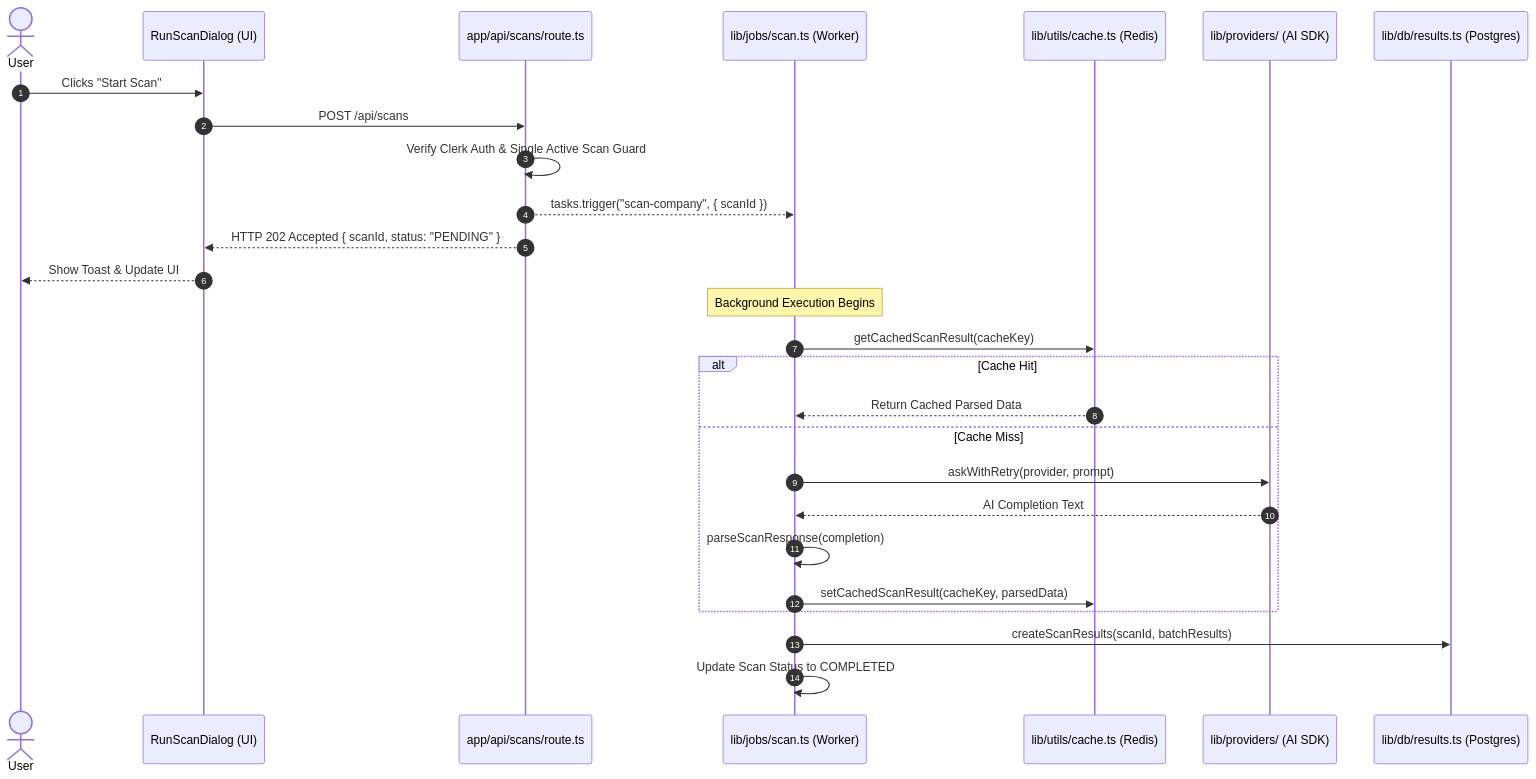
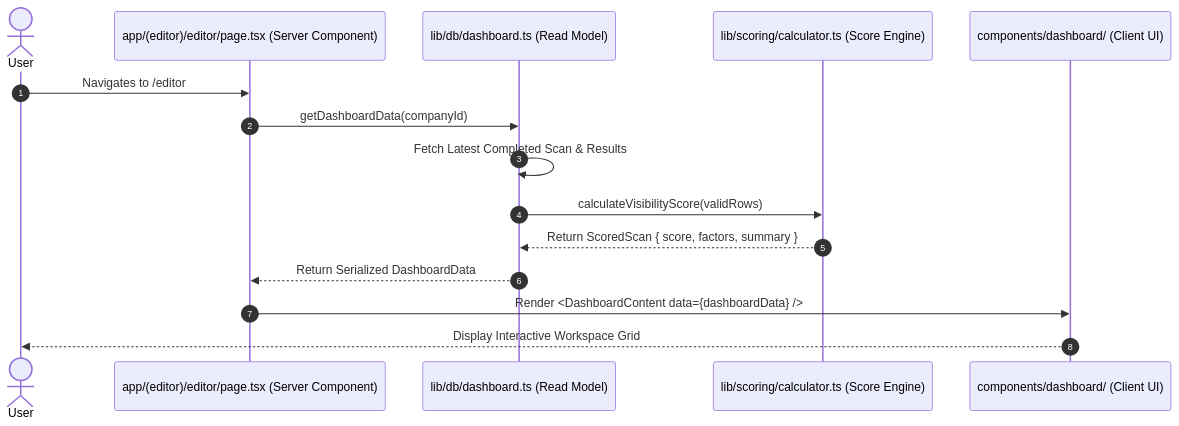
Before and after one commit to ryonm411-jpg/answer-os: the third of 5 diagrams in context/context/architecture_overview.md, drawn with Mermaid. The commit also changed other lines of this file and 68 other files, not shown here.

Commit message:
feat(prompts): implement prompt opportunity ranking and pre-scan workspace

````diff
--- a/context/context/architecture_overview.md
+++ b/context/context/architecture_overview.md
@@ -126,31 +136,18 @@
 ```mermaid
 sequenceDiagram
     autonumber
     actor User
-    participant UI as RunScanDialog (UI)
-    participant API as app/api/scans/route.ts
-    participant Task as lib/jobs/scan.ts (Worker)
-    participant Cache as lib/utils/cache.ts (Redis)
-    participant AI as lib/providers/ (AI SDK)
-    participant DB as lib/db/results.ts (Postgres)
+    participant Page as app/(editor)/editor/page.tsx (Server Component)
+    participant DBModel as lib/db/dashboard.ts (Read Model)
+    participant Scoring as lib/scoring/calculator.ts (Score Engine)
+    participant UI as components/dashboard/ (Client UI)
 
-    User->>UI: Clicks "Start Scan"
-    UI->>API: POST /api/scans
-    API->>API: Verify Clerk Auth & Single Active Scan Guard
-    API-->>Task: tasks.trigger("scan-company", { scanId })
-    API-->>UI: HTTP 202 Accepted { scanId, status: "PENDING" }
-    UI-->>User: Show Toast & Update UI
-    
-    Note over Task: Background Execution Begins
-    Task->>Cache: getCachedScanResult(cacheKey)
-    alt Cache Hit
-        Cache-->>Task: Return Cached Parsed Data
-    else Cache Miss
-        Task->>AI: askWithRetry(provider, prompt)
-        AI-->>Task: AI Completion Text
-        Task->>Task: parseScanResponse(completion)
-        Task->>Cache: setCachedScanResult(cacheKey, parsedData)
-    end
-    Task->>DB: createScanResults(scanId, batchResults)
-    Task->>Task: Update Scan Status to COMPLETED
+    User->>Page: Navigates to /editor
+    Page->>DBModel: getDashboardData(companyId)
+    DBModel->>DBModel: Fetch Latest Completed Scan & Results
+    DBModel->>Scoring: calculateVisibilityScore(validRows)
+    Scoring-->>DBModel: Return ScoredScan { score, factors, summary }
+    DBModel-->>Page: Return Serialized DashboardData
+    Page->>UI: Render <DashboardContent data={dashboardData} />
+    UI-->>User: Display Interactive Workspace Grid
 ```
````
